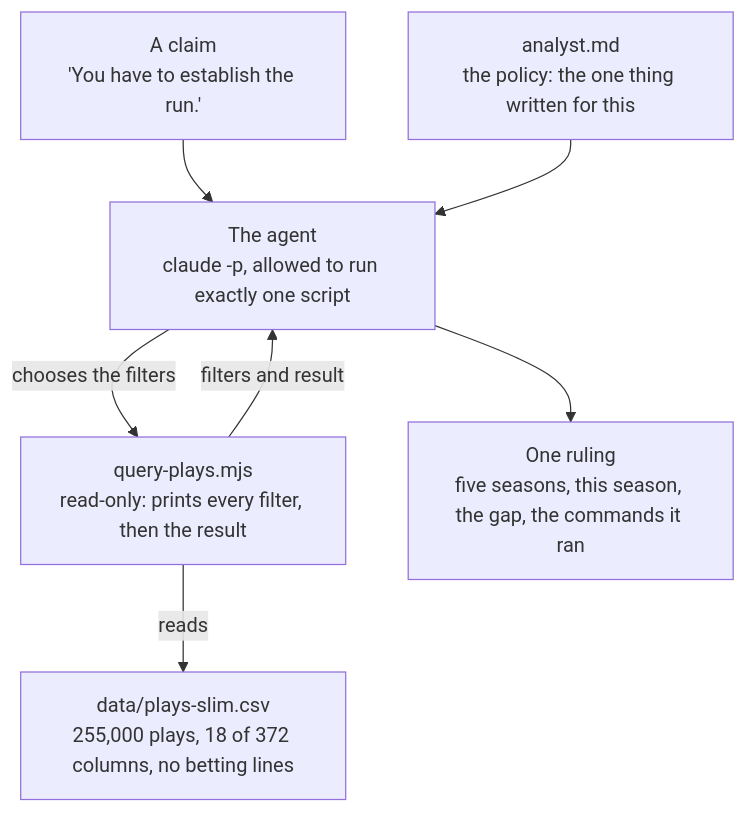
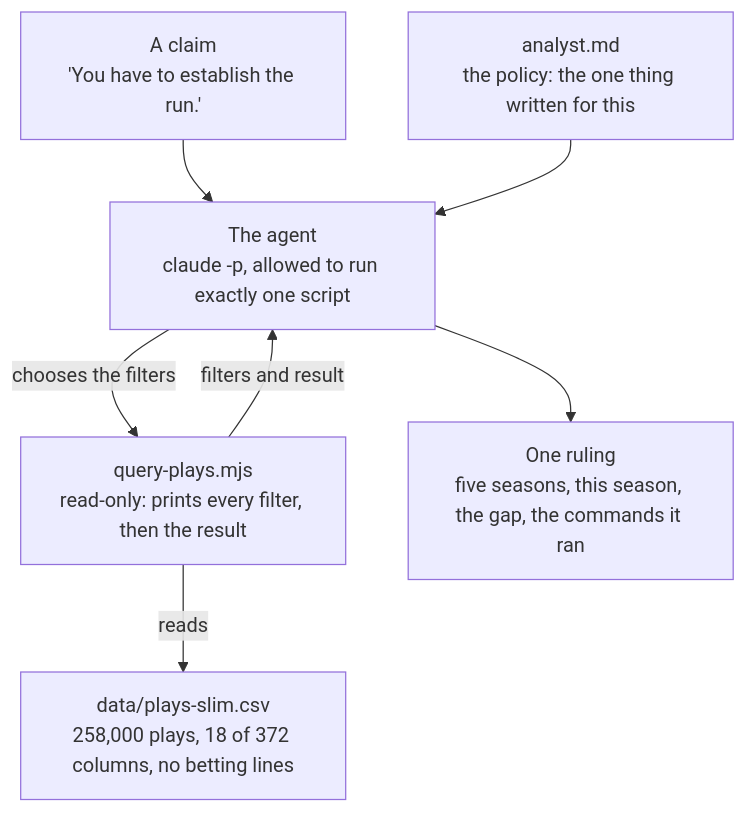
Before and after one commit to ismayc/monday-morning-agent: the first of 2 diagrams in README.md, drawn with Mermaid. The commit also changed other lines of this file and 15 other files, not shown here.

````diff
--- a/README.md
+++ b/README.md
@@ -21,15 +21,15 @@
 ```mermaid
 flowchart TB
     claim["A claim<br/>'You have to establish the run.'"]
     policy["analyst.md<br/>the policy: the one thing written for this"]
     agent["The agent<br/>claude -p, allowed to run exactly one script"]
     tool["query-plays.mjs<br/>read-only: prints every filter, then the result"]
-    data["data/plays-slim.csv<br/>255,000 plays, 18 of 372 columns, no betting lines"]
+    data["data/plays-slim.csv<br/>258,000 plays, 18 of 372 columns, no betting lines"]
     ruling["One ruling<br/>five seasons, this season, the gap, the commands it ran"]
     claim --> agent
     policy --> agent
     agent -- "chooses the filters" --> tool
     tool -- "reads" --> data
     tool -- "filters and result" --> agent
     agent --> ruling
 ```
````
